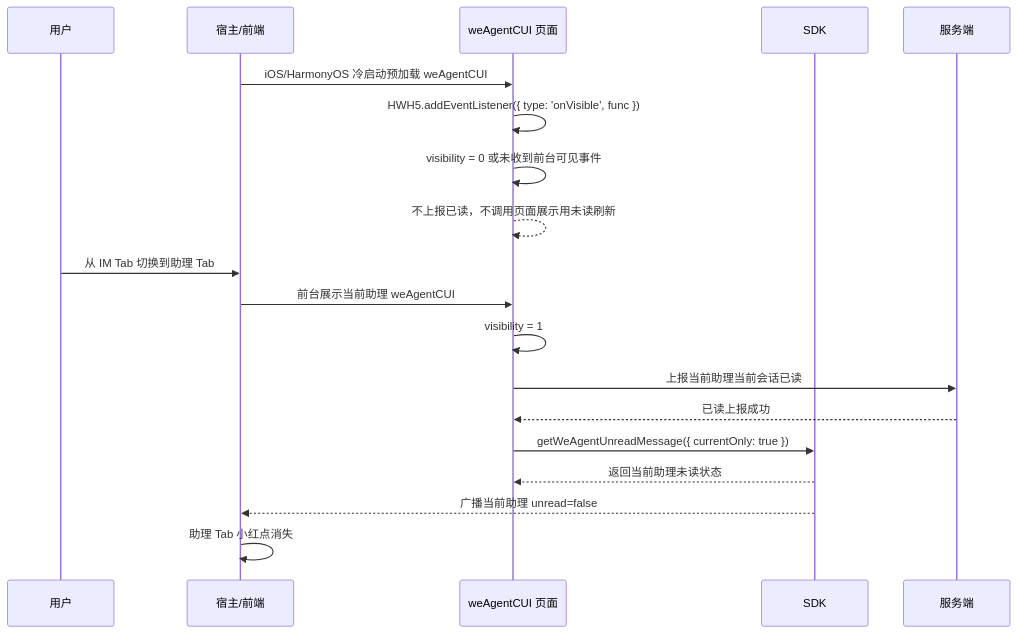
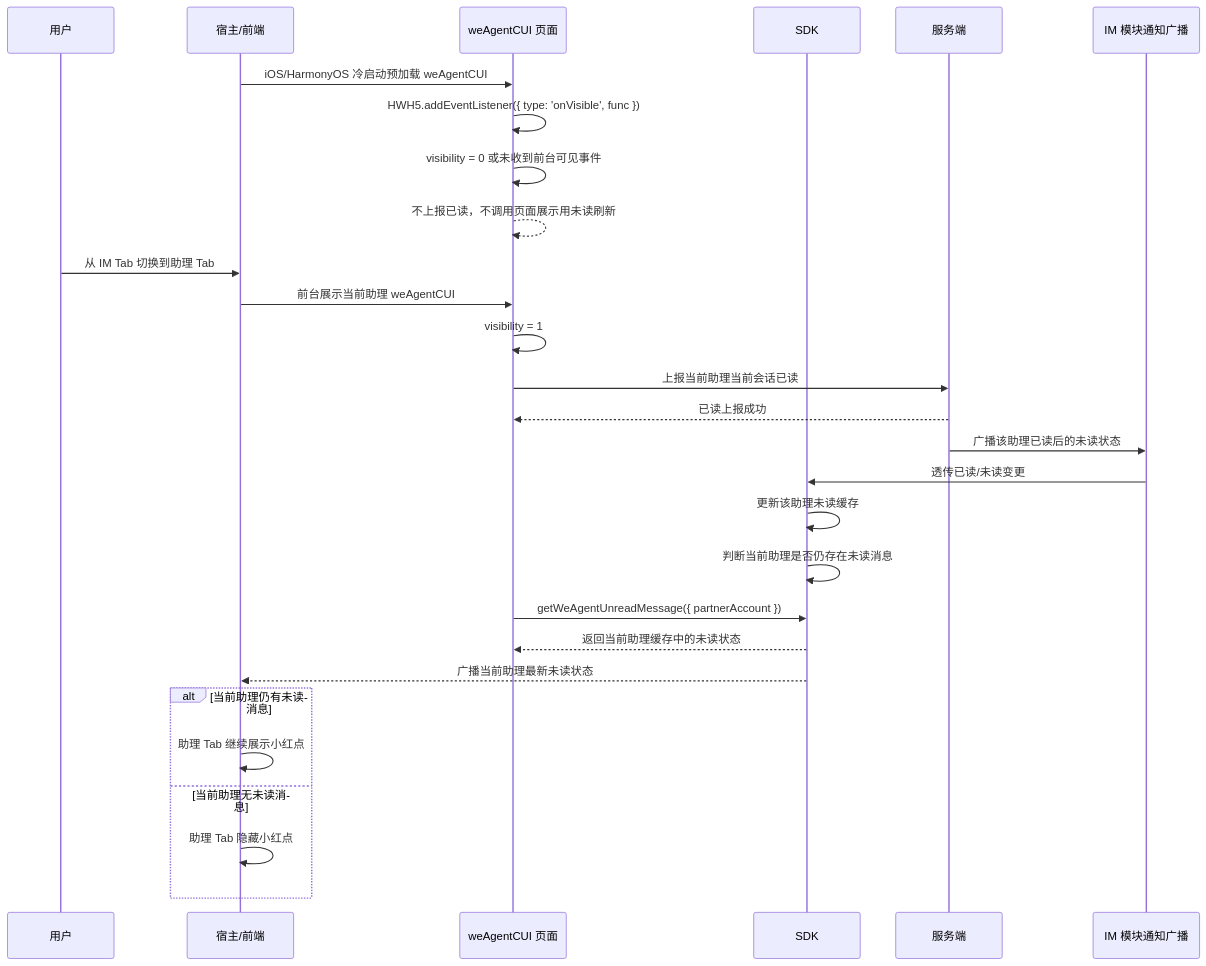
One commit to Abelsjcheng/skillSDK changed the fifth of 6 diagrams in 2026-06-11-we-agent-tab-unread-red-dot-plan.md. Above: the diagram before and after it, drawn with Mermaid. The commit also changed other lines of this file and 1 other file, not shown here.

````diff
--- a/2026-06-11-we-agent-tab-unread-red-dot-plan.md
+++ b/2026-06-11-we-agent-tab-unread-red-dot-plan.md
@@ -130,22 +154,31 @@
 ```mermaid
 sequenceDiagram
     participant User as 用户
     participant Host as 宿主/前端
     participant CUI as weAgentCUI 页面
     participant SDK as SDK
     participant Server as 服务端
+    participant IM as IM 模块通知广播
 
     Host->>CUI: iOS/HarmonyOS 冷启动预加载 weAgentCUI
     CUI->>CUI: HWH5.addEventListener({ type: 'onVisible', func })
     CUI->>CUI: visibility = 0 或未收到前台可见事件
     CUI-->>CUI: 不上报已读，不调用页面展示用未读刷新
     User->>Host: 从 IM Tab 切换到助理 Tab
     Host->>CUI: 前台展示当前助理 weAgentCUI
     CUI->>CUI: visibility = 1
     CUI->>Server: 上报当前助理当前会话已读
     Server-->>CUI: 已读上报成功
-    CUI->>SDK: getWeAgentUnreadMessage({ currentOnly: true })
-    SDK-->>CUI: 返回当前助理未读状态
-    SDK-->>Host: 广播当前助理 unread=false
-    Host->>Host: 助理 Tab 小红点消失
+    Server->>IM: 广播该助理已读后的未读状态
+    IM->>SDK: 透传已读/未读变更
+    SDK->>SDK: 更新该助理未读缓存
+    SDK->>SDK: 判断当前助理是否仍存在未读消息
+    CUI->>SDK: getWeAgentUnreadMessage({ partnerAccount })
+    SDK-->>CUI: 返回当前助理缓存中的未读状态
+    SDK-->>Host: 广播当前助理最新未读状态
+    alt 当前助理仍有未读消息
+        Host->>Host: 助理 Tab 继续展示小红点
+    else 当前助理无未读消息
+        Host->>Host: 助理 Tab 隐藏小红点
+    end
 ```
````
